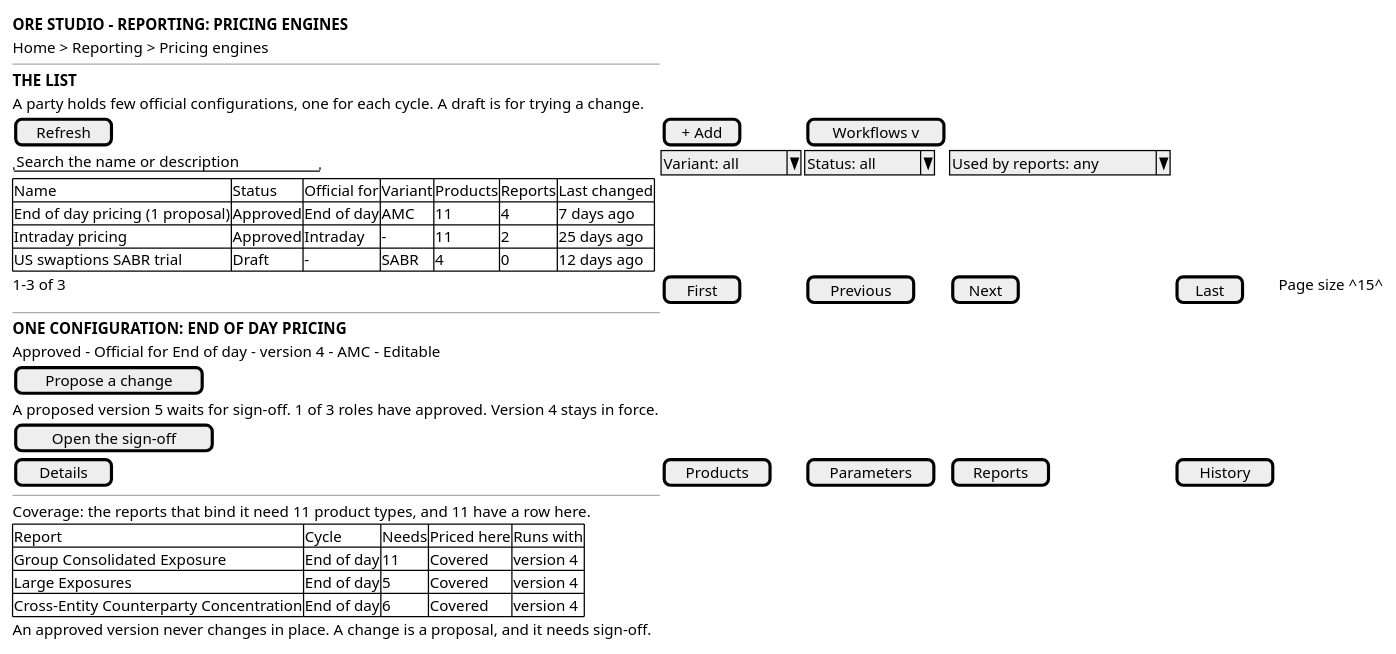
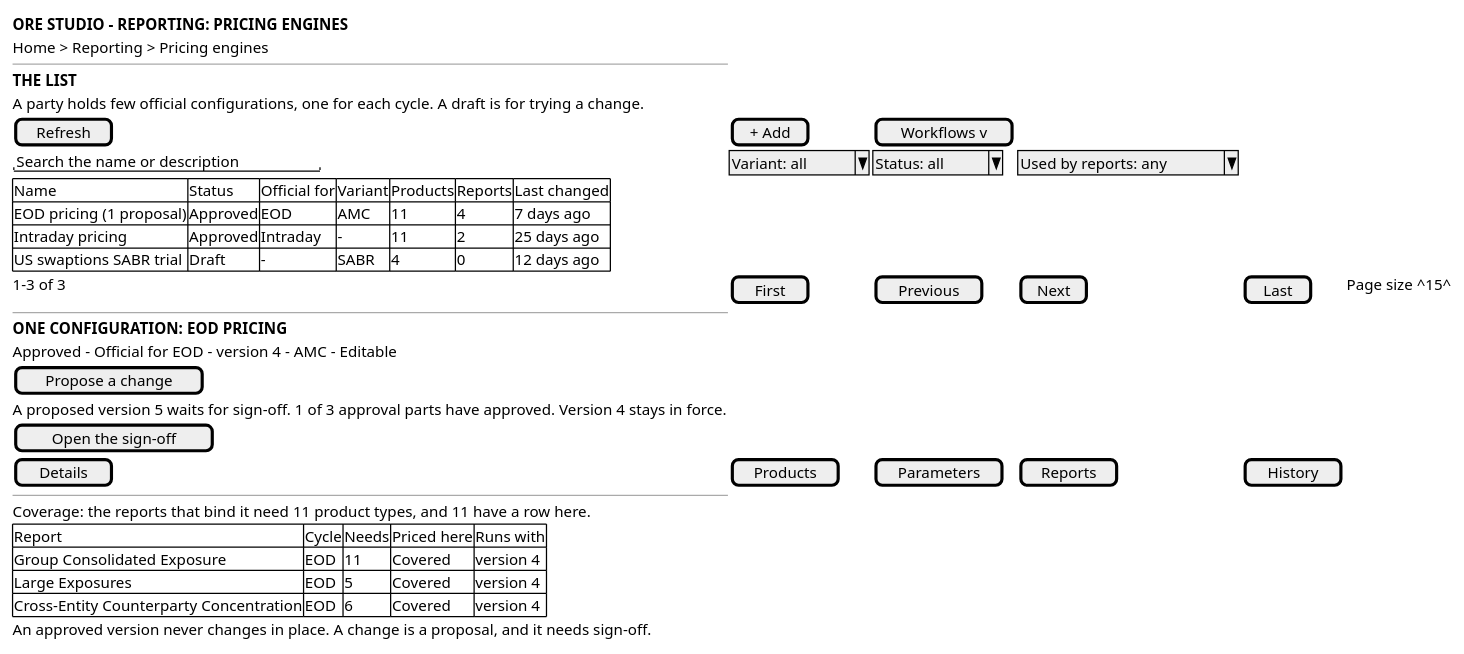
One commit to OreStudio/OreStudio changed the diagram in doc/knowledge/journeys/reporting/wireframe_see_the_pricing_engines_a_party_holds.puml. Above: the diagram before and after it, drawn with PlantUML. The commit also changed 26 other files, not shown here.

First line of the commit message:
[agile] Sign off pricing engine changes through the inbox

```diff
--- a/doc/knowledge/journeys/reporting/wireframe_see_the_pricing_engines_a_party_holds.puml
+++ b/doc/knowledge/journeys/reporting/wireframe_see_the_pricing_engines_a_party_holds.puml
@@ -18,37 +18,37 @@
 @startuml
 
 salt
 {
   <b>ORE STUDIO - REPORTING: PRICING ENGINES</b>
   Home > Reporting > Pricing engines
   --
   <b>THE LIST</b>
   A party holds few official configurations, one for each cycle. A draft is for trying a change.
   [ Refresh ] | [ + Add ] | [ Workflows v ]
   "Search the name or description" | ^Variant: all^ | ^Status: all^ | ^Used by reports: any^
   {#
     Name | Status | Official for | Variant | Products | Reports | Last changed
-    End of day pricing (1 proposal) | Approved | End of day | AMC | 11 | 4 | 7 days ago
+    EOD pricing (1 proposal) | Approved | EOD | AMC | 11 | 4 | 7 days ago
     Intraday pricing | Approved | Intraday | - | 11 | 2 | 25 days ago
     US swaptions SABR trial | Draft | - | SABR | 4 | 0 | 12 days ago
   }
   1-3 of 3 | [ First ] | [ Previous ] | [ Next ] | [ Last ] | Page size ^15^
   --
-  <b>ONE CONFIGURATION: END OF DAY PRICING</b>
-  Approved - Official for End of day - version 4 - AMC - Editable
+  <b>ONE CONFIGURATION: EOD PRICING</b>
+  Approved - Official for EOD - version 4 - AMC - Editable
   [ Propose a change ]
-  A proposed version 5 waits for sign-off. 1 of 3 roles have approved. Version 4 stays in force.
+  A proposed version 5 waits for sign-off. 1 of 3 approval parts have approved. Version 4 stays in force.
   [ Open the sign-off ]
   [ Details ] | [ Products ] | [ Parameters ] | [ Reports ] | [ History ]
   --
   Coverage: the reports that bind it need 11 product types, and 11 have a row here.
   {#
     Report | Cycle | Needs | Priced here | Runs with
-    Group Consolidated Exposure | End of day | 11 | Covered | version 4
-    Large Exposures | End of day | 5 | Covered | version 4
-    Cross-Entity Counterparty Concentration | End of day | 6 | Covered | version 4
+    Group Consolidated Exposure | EOD | 11 | Covered | version 4
+    Large Exposures | EOD | 5 | Covered | version 4
+    Cross-Entity Counterparty Concentration | EOD | 6 | Covered | version 4
   }
   An approved version never changes in place. A change is a proposal, and it needs sign-off.
 }
 
 @enduml
```
